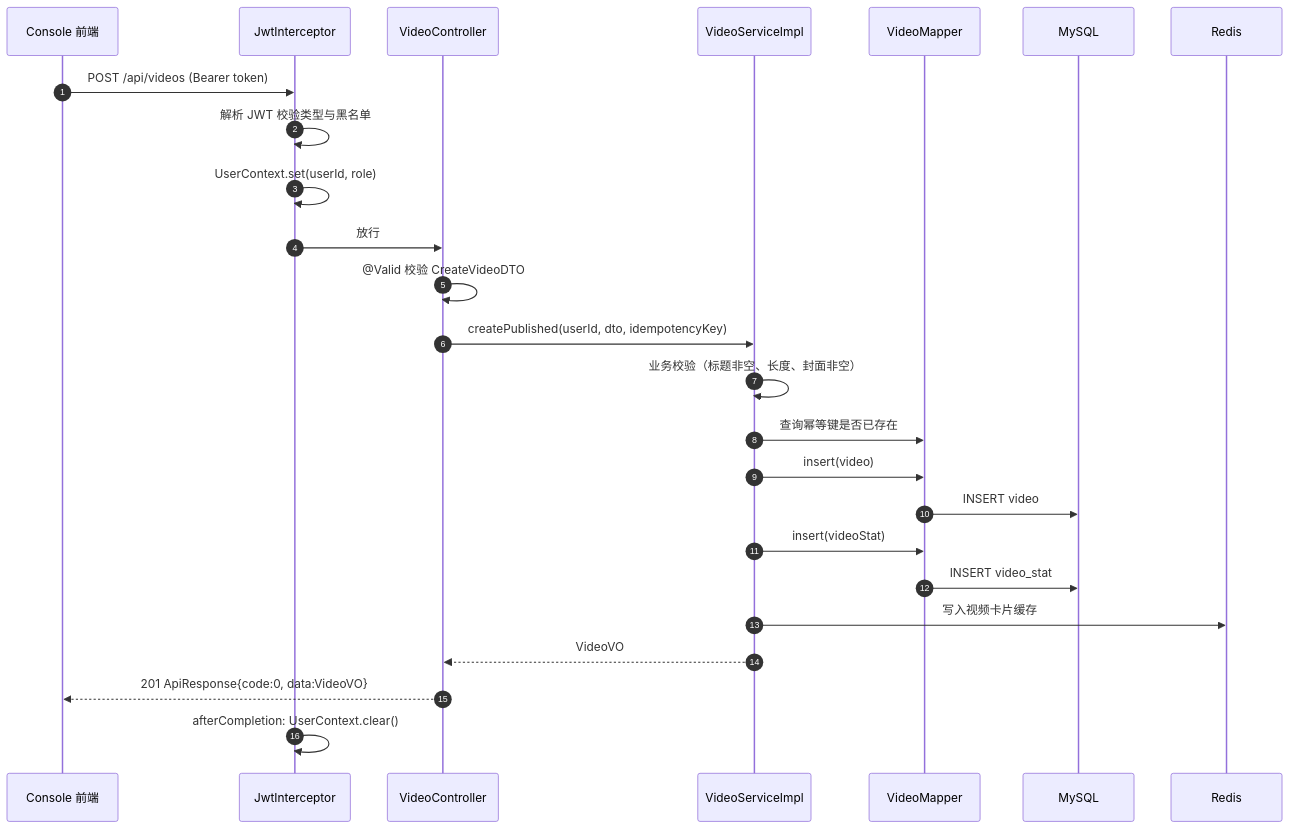
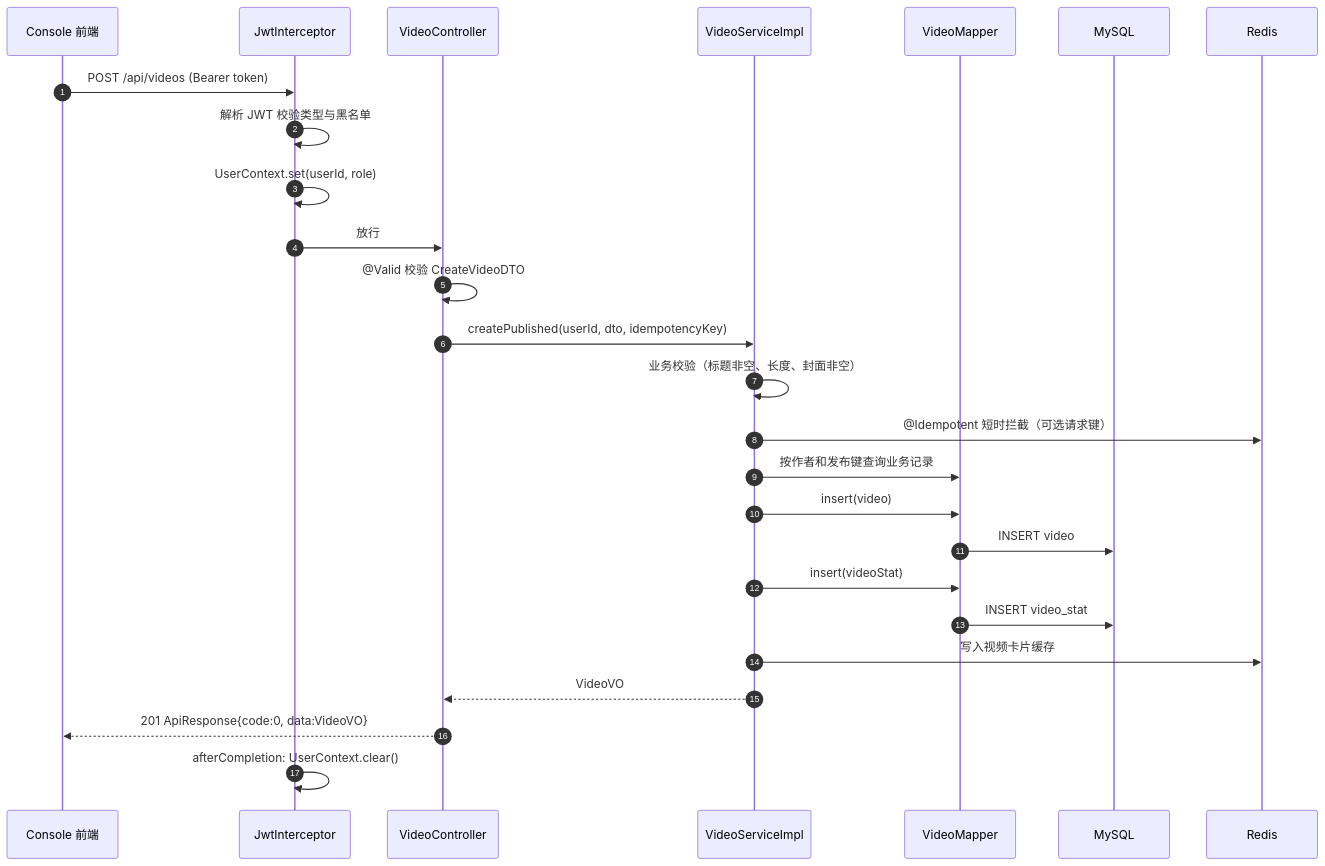
The second of 4 diagrams in docs/00-总体架构设计.md (gmjneko/GCFeed-Java), drawn with Mermaid before and after one commit. The commit also changed 14 other files, not shown here.

````diff
--- a/docs/00-总体架构设计.md
+++ b/docs/00-总体架构设计.md
@@ -133,28 +133,29 @@
 ```mermaid
 sequenceDiagram
     autonumber
     participant C as Console 前端
     participant I as JwtInterceptor
     participant Ctrl as VideoController
     participant S as VideoServiceImpl
     participant M as VideoMapper
     participant DB as MySQL
     participant R as Redis
 
     C->>I: POST /api/videos (Bearer token)
     I->>I: 解析 JWT 校验类型与黑名单
     I->>I: UserContext.set(userId, role)
     I->>Ctrl: 放行
     Ctrl->>Ctrl: @Valid 校验 CreateVideoDTO
     Ctrl->>S: createPublished(userId, dto, idempotencyKey)
     S->>S: 业务校验（标题非空、长度、封面非空）
-    S->>M: 查询幂等键是否已存在
+    S->>R: @Idempotent 短时拦截（可选请求键）
+    S->>M: 按作者和发布键查询业务记录
     S->>M: insert(video)
     M->>DB: INSERT video
     S->>M: insert(videoStat)
     M->>DB: INSERT video_stat
     S->>R: 写入视频卡片缓存
     S-->>Ctrl: VideoVO
     Ctrl-->>C: 201 ApiResponse{code:0, data:VideoVO}
     I->>I: afterCompletion: UserContext.clear()
 ```
````
